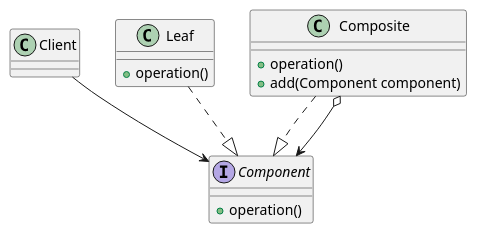
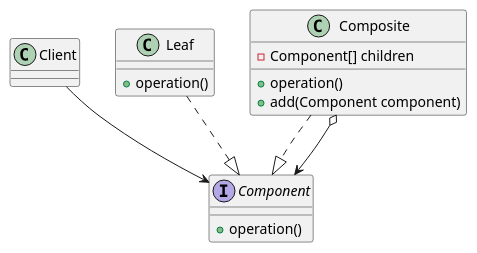
Before and after one commit to gillescoolen/design-patterns: the diagram in patterns/composite.puml, drawn with PlantUML.

Commit message:
Add children to composite

```diff
--- a/patterns/composite.puml
+++ b/patterns/composite.puml
@@ -1,24 +1,25 @@
 @startuml composite
 
 class Client
 
 interface Component {
   + operation()
 }
 
 class Leaf {
   + operation()
 }
 
 class Composite {
+  - Component[] children
   + operation()
   + add(Component component)
 }
 
 Client --> Component
 
 Leaf ..|> Component
 Composite ..|> Component
 Composite o--> Component
 
 @enduml
```
